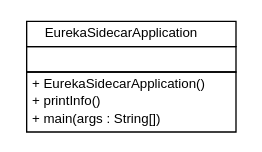
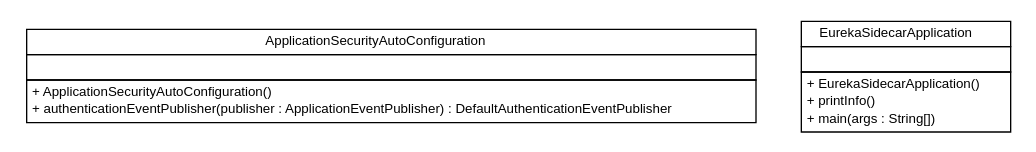
One commit to sfeng9d/spring-cloud-service-discovery changed the diagram in snapshot/build-docker/maven-build-java8/spring-cloud-service-discovery/spring-cloud-eureka/spring-cloud-eureka-sidecar/apidocs/cn/home1/cloud/netflix/eureka/cn.home1.cloud.netflix.eureka.dot. Above: the diagram before and after it, drawn with Graphviz. The commit also changed 45 other files, not shown here.

Commit message:
Creating site for spring-cloud-eureka-sidecar-2.0.1-springboot2-SNAPSHOT

```diff
--- a/snapshot/build-docker/maven-build-java8/spring-cloud-service-discovery/spring-cloud-eureka/spring-cloud-eureka-sidecar/apidocs/cn/home1/cloud/netflix/eureka/cn.home1.cloud.netflix.eureka.dot
+++ b/snapshot/build-docker/maven-build-java8/spring-cloud-service-discovery/spring-cloud-eureka/spring-cloud-eureka-sidecar/apidocs/cn/home1/cloud/netflix/eureka/cn.home1.cloud.netflix.eureka.dot
@@ -1,26 +1,39 @@
 #!/usr/local/bin/dot
 #
 # Class diagram 
 # Generated by UMLGraph version R5_6-24-gf6e263 (http://www.umlgraph.org/)
 #
 
 digraph G {
 	edge [fontname="Helvetica",fontsize=10,labelfontname="Helvetica",labelfontsize=10];
 	node [fontname="Helvetica",fontsize=10,shape=plaintext];
 	nodesep=0.25;
 	ranksep=0.5;
+	// cn.home1.cloud.netflix.eureka.ApplicationSecurityAutoConfiguration
+	c0 [label=<<table title="cn.home1.cloud.netflix.eureka.ApplicationSecurityAutoConfiguration" border="0" cellborder="1" cellspacing="0" cellpadding="2" port="p" href="./ApplicationSecurityAutoConfiguration.html">
+		<tr><td><table border="0" cellspacing="0" cellpadding="1">
+<tr><td align="center" balign="center"> ApplicationSecurityAutoConfiguration </td></tr>
+		</table></td></tr>
+		<tr><td><table border="0" cellspacing="0" cellpadding="1">
+<tr><td align="left" balign="left">  </td></tr>
+		</table></td></tr>
+		<tr><td><table border="0" cellspacing="0" cellpadding="1">
+<tr><td align="left" balign="left"> + ApplicationSecurityAutoConfiguration() </td></tr>
+<tr><td align="left" balign="left"> + authenticationEventPublisher(publisher : ApplicationEventPublisher) : DefaultAuthenticationEventPublisher </td></tr>
+		</table></td></tr>
+		</table>>, URL="./ApplicationSecurityAutoConfiguration.html", fontname="Helvetica", fontcolor="black", fontsize=10.0];
 	// cn.home1.cloud.netflix.eureka.EurekaSidecarApplication
-	c0 [label=<<table title="cn.home1.cloud.netflix.eureka.EurekaSidecarApplication" border="0" cellborder="1" cellspacing="0" cellpadding="2" port="p" href="./EurekaSidecarApplication.html">
+	c1 [label=<<table title="cn.home1.cloud.netflix.eureka.EurekaSidecarApplication" border="0" cellborder="1" cellspacing="0" cellpadding="2" port="p" href="./EurekaSidecarApplication.html">
 		<tr><td><table border="0" cellspacing="0" cellpadding="1">
 <tr><td align="center" balign="center"> EurekaSidecarApplication </td></tr>
 		</table></td></tr>
 		<tr><td><table border="0" cellspacing="0" cellpadding="1">
 <tr><td align="left" balign="left">  </td></tr>
 		</table></td></tr>
 		<tr><td><table border="0" cellspacing="0" cellpadding="1">
 <tr><td align="left" balign="left"> + EurekaSidecarApplication() </td></tr>
 <tr><td align="left" balign="left"> + printInfo() </td></tr>
 <tr><td align="left" balign="left"> + main(args : String[]) </td></tr>
 		</table></td></tr>
 		</table>>, URL="./EurekaSidecarApplication.html", fontname="Helvetica", fontcolor="black", fontsize=10.0];
 }
```
